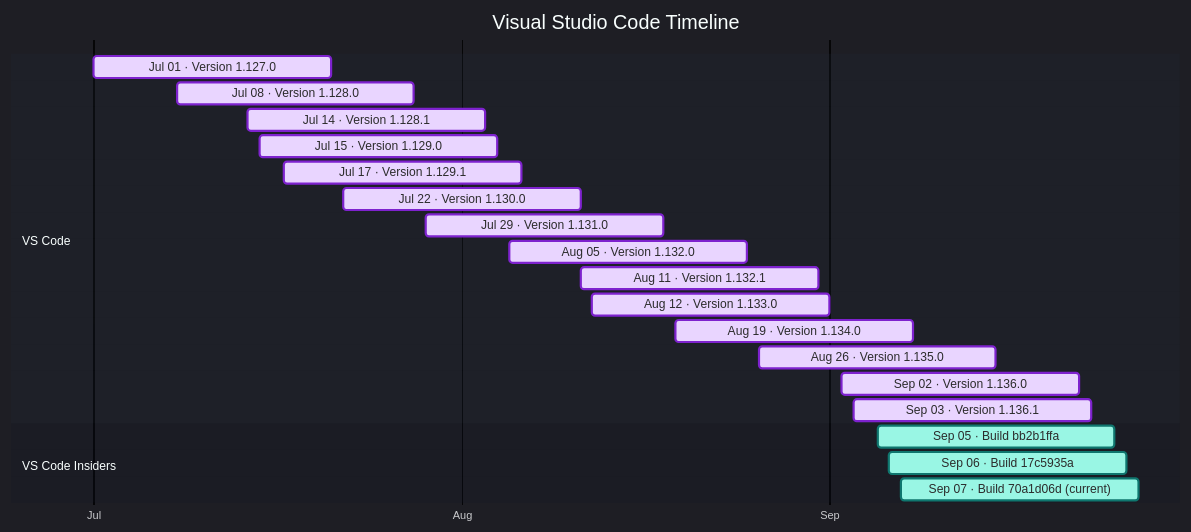
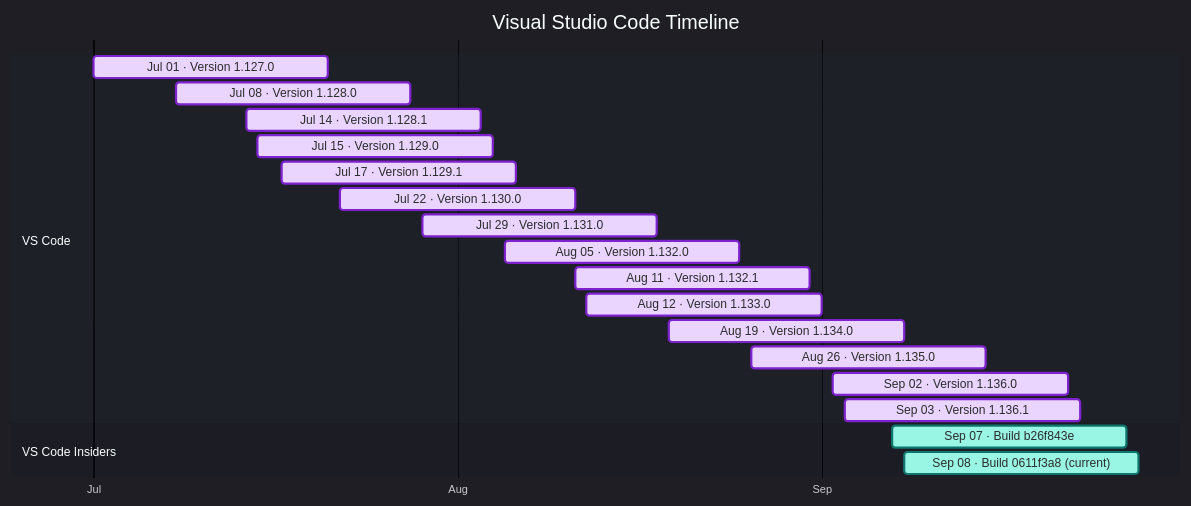
One commit to Oxelya-DevTools/VisualStudioUpdate changed the diagram in docs/vscode.md. Above: the diagram before and after it, drawn with Mermaid. The commit also changed other lines of this file and 1 other file, not shown here.

````diff
--- a/docs/vscode.md
+++ b/docs/vscode.md
@@ -9,27 +9,26 @@
 ```mermaid
 %%{init: {'theme':'dark','themeVariables': { 'fontFamily': 'Segoe UI', 'fontSize': '24px', 'textColor': '#F3F4F6', 'titleTextColor': '#FFFFFF', 'taskTextColor': '#111827', 'taskTextLightColor': '#111827', 'taskTextOutsideColor': '#F3F4F6', 'taskBkgColor': '#BAE6FD', 'taskBorderColor': '#0369A1', 'doneTaskBkgColor': '#E9D5FF', 'doneTaskBorderColor': '#7E22CE', 'activeTaskBkgColor': '#99F6E4', 'activeTaskBorderColor': '#0F766E', 'critTaskBkgColor': '#FED7AA', 'critTaskBorderColor': '#C2410C', 'sectionBkgColor': '#1F2937', 'altSectionBkgColor': '#111827', 'gridColor': '#4B5563', 'todayLineColor': '#F87171' }}}%%
 gantt
     title Visual Studio Code Timeline
     dateFormat  YYYY-MM-DD
     axisFormat  %b
     tickInterval 1month
     section VS Code
     Jul 01 · Version 1.127.0 : done, vscode202607010, 2026-07-01, 20d
     Jul 08 · Version 1.128.0 : done, vscode202607081, 2026-07-08, 20d
     Jul 14 · Version 1.128.1 : done, vscode202607142, 2026-07-14, 20d
     Jul 15 · Version 1.129.0 : done, vscode202607153, 2026-07-15, 20d
     Jul 17 · Version 1.129.1 : done, vscode202607174, 2026-07-17, 20d
     Jul 22 · Version 1.130.0 : done, vscode202607225, 2026-07-22, 20d
     Jul 29 · Version 1.131.0 : done, vscode202607296, 2026-07-29, 20d
     Aug 05 · Version 1.132.0 : done, vscode202608057, 2026-08-05, 20d
     Aug 11 · Version 1.132.1 : done, vscode202608118, 2026-08-11, 20d
     Aug 12 · Version 1.133.0 : done, vscode202608129, 2026-08-12, 20d
     Aug 19 · Version 1.134.0 : done, vscode2026081910, 2026-08-19, 20d
     Aug 26 · Version 1.135.0 : done, vscode2026082611, 2026-08-26, 20d
     Sep 02 · Version 1.136.0 : done, vscode2026090212, 2026-09-02, 20d
     Sep 03 · Version 1.136.1 : done, vscode2026090313, 2026-09-03, 20d
     section VS Code Insiders
-    Sep 05 · Build bb2b1ffa : active, vscodeinsiders202609050, 2026-09-05, 20d
-    Sep 06 · Build 17c5935a : active, vscodeinsiders202609061, 2026-09-06, 20d
-    Sep 07 · Build 70a1d06d (current) : active, vscodeinsiders202609072, 2026-09-07, 20d
+    Sep 07 · Build b26f843e : active, vscodeinsiders202609070, 2026-09-07, 20d
+    Sep 08 · Build 0611f3a8 (current) : active, vscodeinsiders202609081, 2026-09-08, 20d
 ```
````
